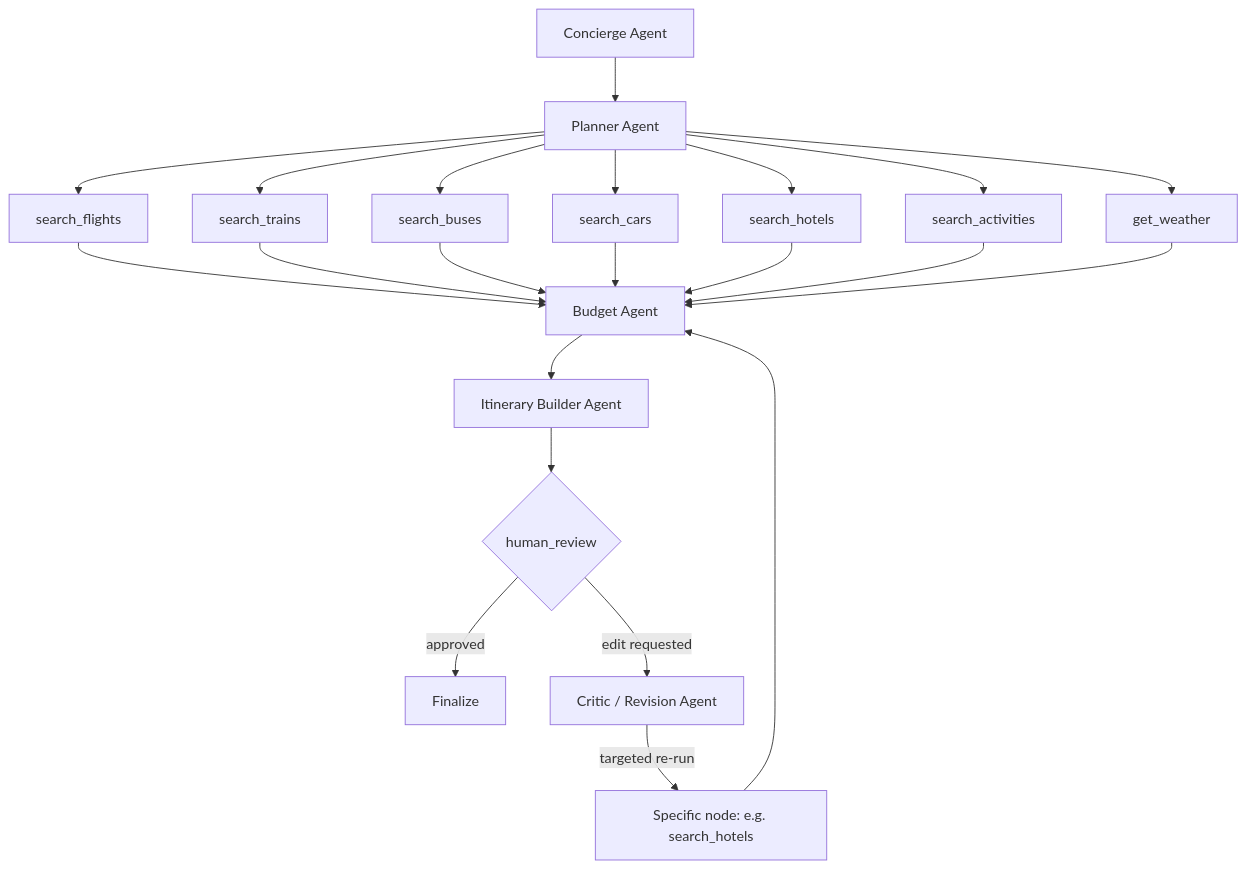
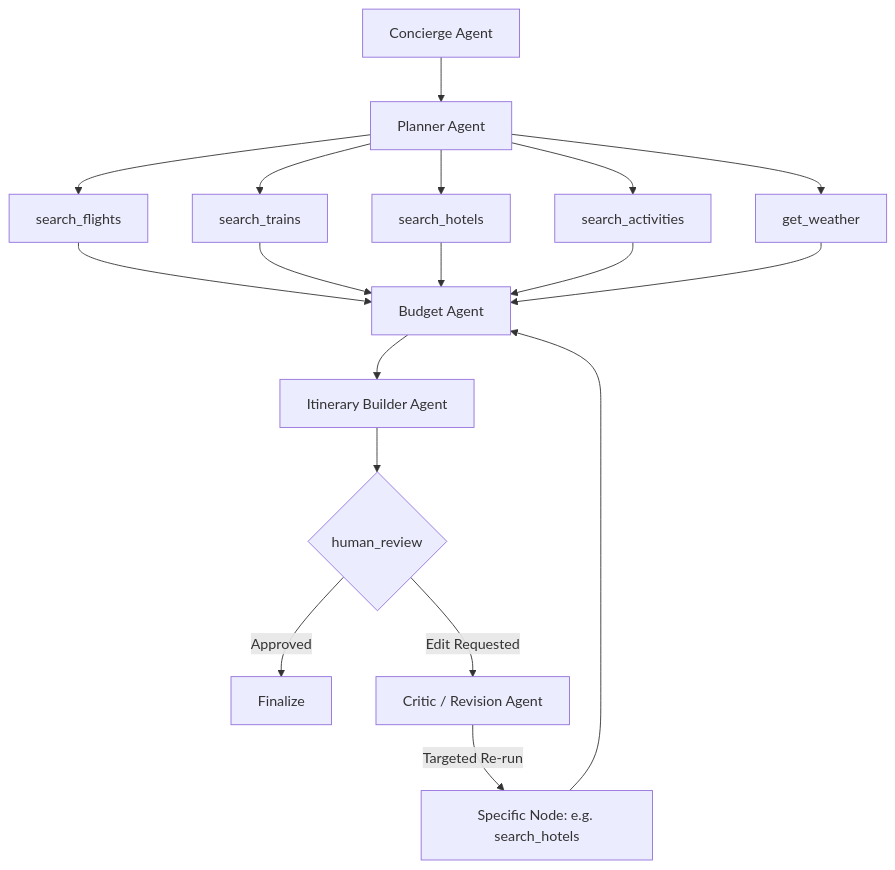
Before and after one commit to harshbhanushali26/waypoint: the second of 2 diagrams in README.md, drawn with Mermaid. The commit also changed other lines of this file and 33 other files, not shown here.

````diff
--- a/README.md
+++ b/README.md
@@ -75,24 +88,20 @@
 ```mermaid
 graph TD
     A[Concierge Agent] --> B[Planner Agent]
     B --> C1[search_flights]
     B --> C2[search_trains]
-    B --> C3[search_buses]
-    B --> C4[search_cars]
-    B --> C5[search_hotels]
-    B --> C6[search_activities]
-    B --> C7[get_weather]
+    B --> C3[search_hotels]
+    B --> C4[search_activities]
+    B --> C5[get_weather]
     C1 --> D[Budget Agent]
     C2 --> D
     C3 --> D
     C4 --> D
     C5 --> D
-    C6 --> D
-    C7 --> D
     D --> E[Itinerary Builder Agent]
     E --> F{human_review}
-    F -- approved --> G[Finalize]
-    F -- edit requested --> H[Critic / Revision Agent]
-    H -- targeted re-run --> I[Specific node: e.g. search_hotels]
+    F -- Approved --> G[Finalize]
+    F -- Edit Requested --> H[Critic / Revision Agent]
+    H -- Targeted Re-run --> I[Specific Node: e.g. search_hotels]
     I --> D
 ```
````
